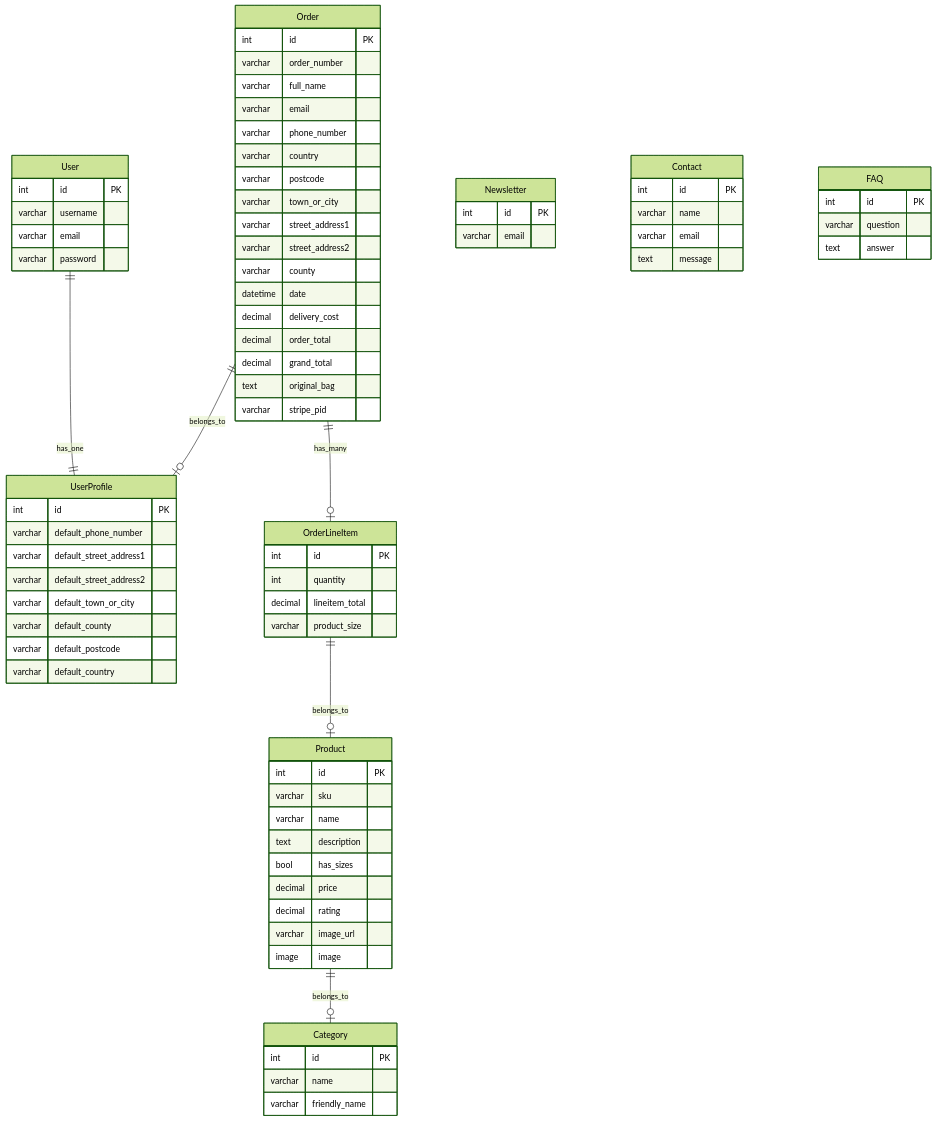
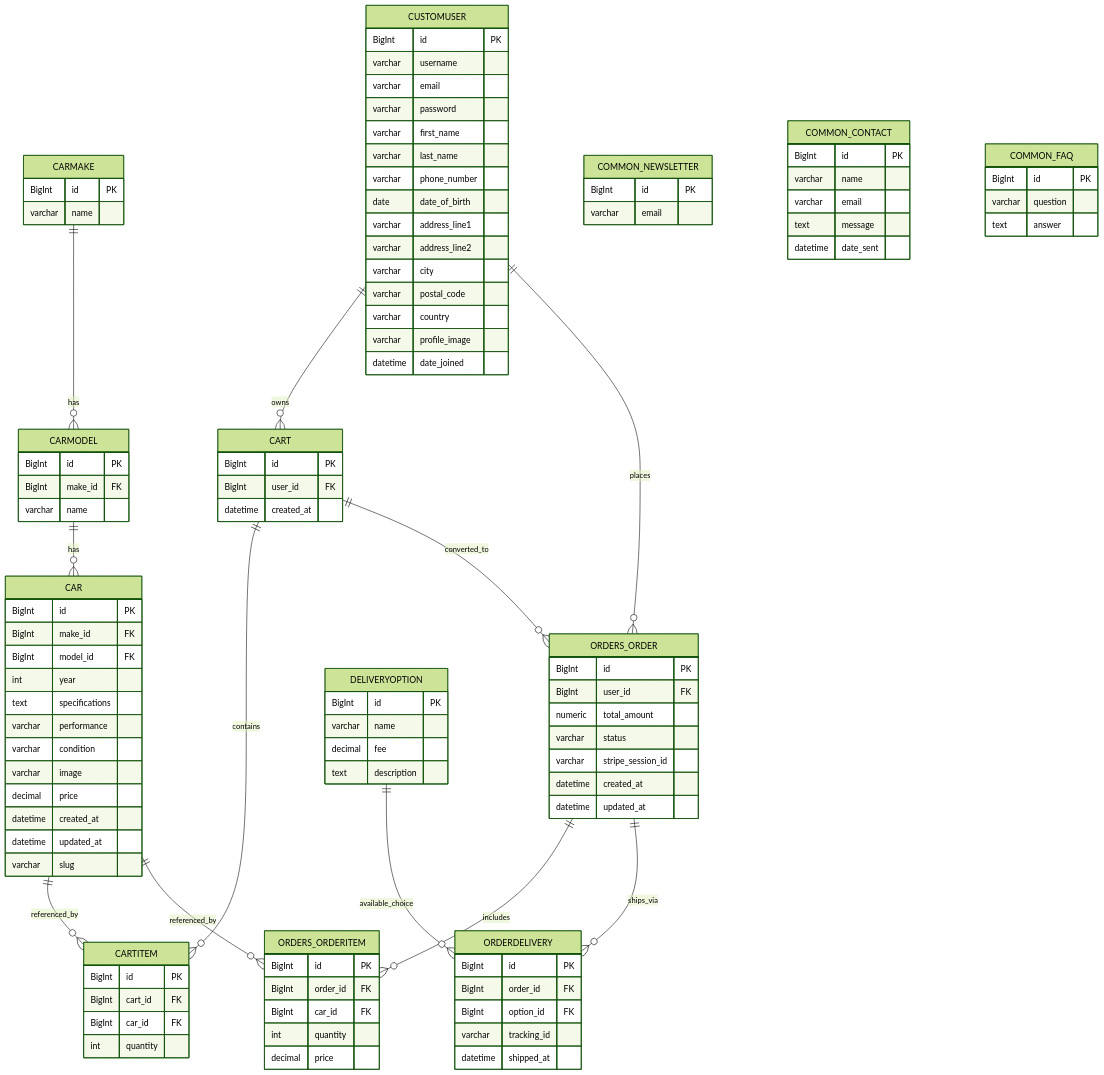
One commit to KC-85/Modern-Classics changed the diagram in README.md. Above: the diagram before and after it, drawn with Mermaid (forest theme). The commit also changed 1 other file, not shown here.

Commit message:
Add entity-relationship diagram to README plus an image screenshot of ERD.

````diff
--- a/README.md
+++ b/README.md
@@ -317,92 +317,120 @@
 ```mermaid
 erDiagram
-    User {
-        int id PK
+    CUSTOMUSER {
+        BigInt id PK
         varchar username
         varchar email
         varchar password
+        varchar first_name
+        varchar last_name
+        varchar phone_number
+        date    date_of_birth
+        varchar address_line1
+        varchar address_line2
+        varchar city
+        varchar postal_code
+        varchar country
+        varchar profile_image
+        datetime date_joined
     }
+    CUSTOMUSER ||--o{ CART            : owns
+    CUSTOMUSER ||--o{ ORDERS_ORDER    : places
 
-    UserProfile {
-        int id PK
-        varchar default_phone_number
-        varchar default_street_address1
-        varchar default_street_address2
-        varchar default_town_or_city
-        varchar default_county
-        varchar default_postcode
-        varchar default_country
+    %% Showroom (Cars)
+    CARMAKE {
+        BigInt id PK
+        varchar name
     }
+    CARMODEL {
+        BigInt id PK
+        BigInt make_id FK
+        varchar name
+    }
+    CAR {
+        BigInt id PK
+        BigInt make_id FK
+        BigInt model_id FK
+        int    year
+        text   specifications
+        varchar performance
+        varchar condition
+        varchar image
+        decimal price
+        datetime created_at
+        datetime updated_at
+        varchar slug
+    }
+    CARMAKE ||--o{ CARMODEL : has
+    CARMODEL ||--o{ CAR      : has
 
-    User ||--|| UserProfile : has_one
+    %% Cart / Trailer
+    CART {
+        BigInt id PK
+        BigInt user_id FK
+        datetime created_at
+    }
+    CARTITEM {
+        BigInt id PK
+        BigInt cart_id FK
+        BigInt car_id FK
+        int     quantity
+    }
+    CART ||--o{ CARTITEM : contains
+    CAR  ||--o{ CARTITEM : referenced_by
 
-    Category {
-        int id PK
+    %% Orders & Checkout
+    ORDERS_ORDER {
+        BigInt id PK
+        BigInt user_id FK
+        numeric total_amount
+        varchar status
+        varchar stripe_session_id
+        datetime created_at
+        datetime updated_at
+    }
+    ORDERS_ORDERITEM {
+        BigInt id PK
+        BigInt order_id FK
+        BigInt car_id FK
+        int      quantity
+        decimal  price
+    }
+    CART   ||--o{ ORDERS_ORDER    : converted_to
+    ORDERS_ORDER ||--o{ ORDERS_ORDERITEM : includes
+    CAR    ||--o{ ORDERS_ORDERITEM : referenced_by
+
+    %% Delivery
+    DELIVERYOPTION {
+        BigInt id PK
         varchar name
-        varchar friendly_name
+        decimal fee
+        text    description
     }
+    ORDERDELIVERY {
+        BigInt id PK
+        BigInt order_id FK
+        BigInt option_id FK
+        varchar tracking_id
+        datetime shipped_at
+    }
+    DELIVERYOPTION ||--o{ ORDERDELIVERY : available_choice
+    ORDERS_ORDER   ||--o{ ORDERDELIVERY : ships_via
 
-    Product {
-        int id PK
-        varchar sku
-        varchar name
-        text description
-        bool has_sizes
-        decimal price
-        decimal rating
-        varchar image_url
-        image image
-    }
-
-    Product ||--o| Category : belongs_to
-
-    Order {
-        int id PK
-        varchar order_number
-        varchar full_name
-        varchar email
-        varchar phone_number
-        varchar country
-        varchar postcode
-        varchar town_or_city
-        varchar street_address1
-        varchar street_address2
-        varchar county
-        datetime date
-        decimal delivery_cost
-        decimal order_total
-        decimal grand_total
-        text original_bag
-        varchar stripe_pid
-    }
-
-    OrderLineItem {
-        int id PK
-        int quantity
-        decimal lineitem_total
-        varchar product_size
-    }
-
-    Order ||--o| OrderLineItem : has_many
-    OrderLineItem ||--o| Product : belongs_to
-
-    Order ||--o| UserProfile : belongs_to
-
-    Newsletter {
-        int id PK
+    %% Common (misc)
+    COMMON_NEWSLETTER {
+        BigInt id PK
         varchar email
     }
-
-    Contact {
-        int id PK
+    COMMON_CONTACT {
+        BigInt id PK
         varchar name
         varchar email
-        text message
+        text    message
+        datetime date_sent
     }
-
-    FAQ {
-        int id PK
+    COMMON_FAQ {
+        BigInt id PK
         varchar question
-        text answer
+        text    answer
     }
 ```
````
